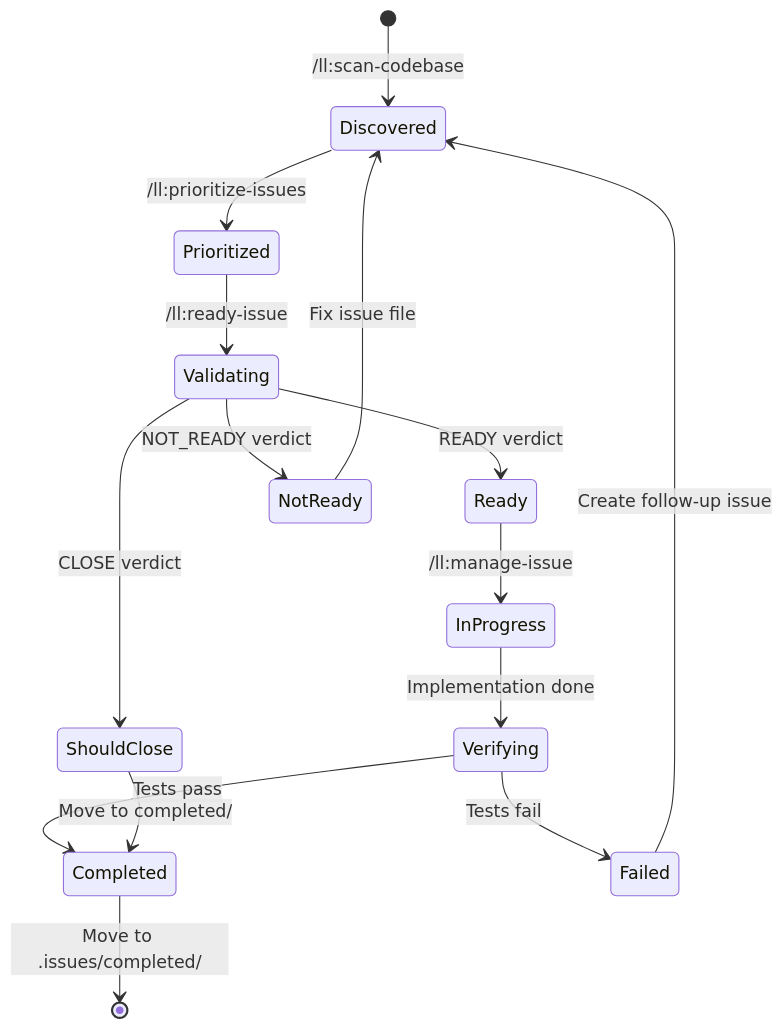
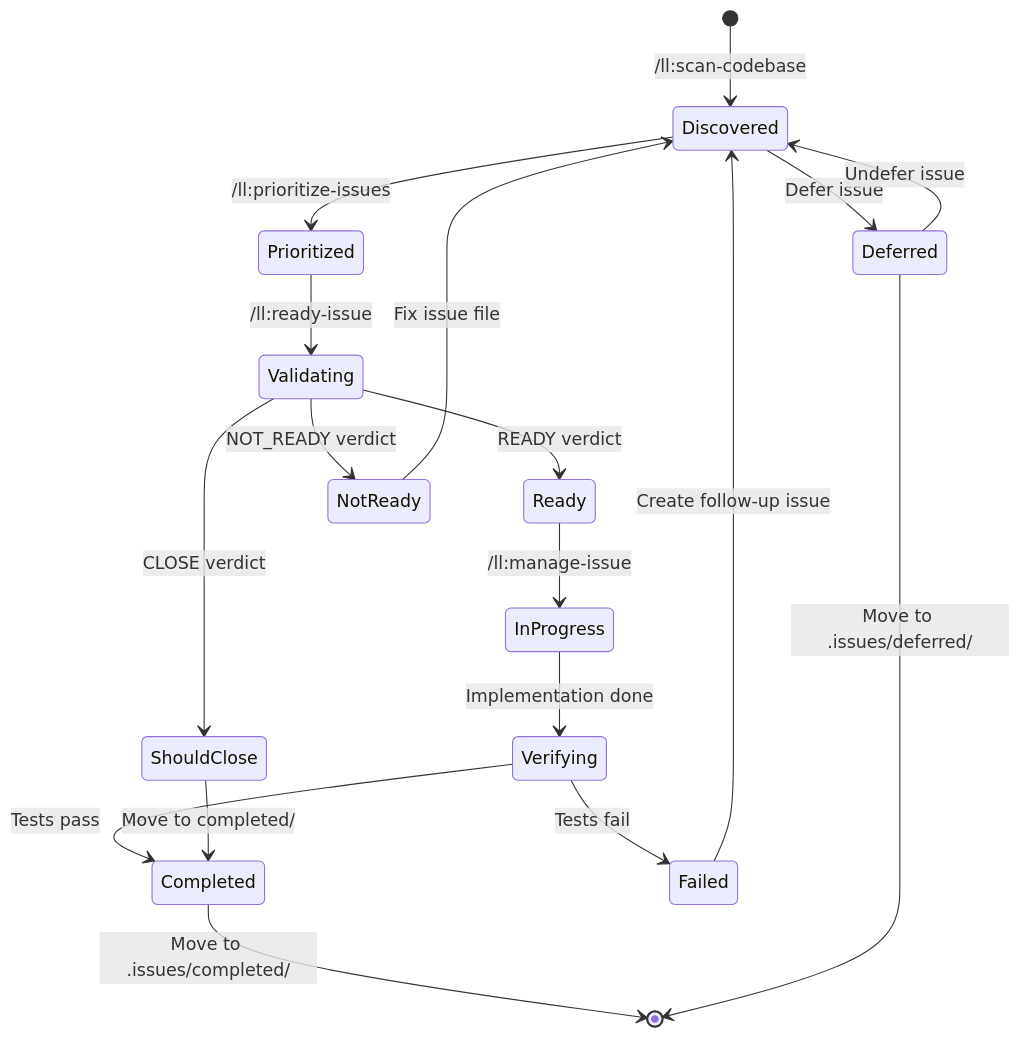
The seventh of 13 diagrams in docs/ARCHITECTURE.md (BrennonTWilliams/little-loops), drawn with Mermaid before and after one commit. The commit also changed other lines of this file and 32 other files, not shown here.

First line of the commit message:
feat(issues): add deferred issues folder support

````diff
--- a/docs/ARCHITECTURE.md
+++ b/docs/ARCHITECTURE.md
@@ -523,22 +525,25 @@
 ```mermaid
 stateDiagram-v2
     [*] --> Discovered: /ll:scan-codebase
 
     Discovered --> Prioritized: /ll:prioritize-issues
     Prioritized --> Validating: /ll:ready-issue
 
     Validating --> Ready: READY verdict
     Validating --> NotReady: NOT_READY verdict
     Validating --> ShouldClose: CLOSE verdict
 
     Ready --> InProgress: /ll:manage-issue
     InProgress --> Verifying: Implementation done
     Verifying --> Completed: Tests pass
     Verifying --> Failed: Tests fail
 
     NotReady --> Discovered: Fix issue file
     ShouldClose --> Completed: Move to completed/
     Failed --> Discovered: Create follow-up issue
+    Discovered --> Deferred: Defer issue
+    Deferred --> Discovered: Undefer issue
 
     Completed --> [*]: Move to .issues/completed/
+    Deferred --> [*]: Move to .issues/deferred/
 ```
````
